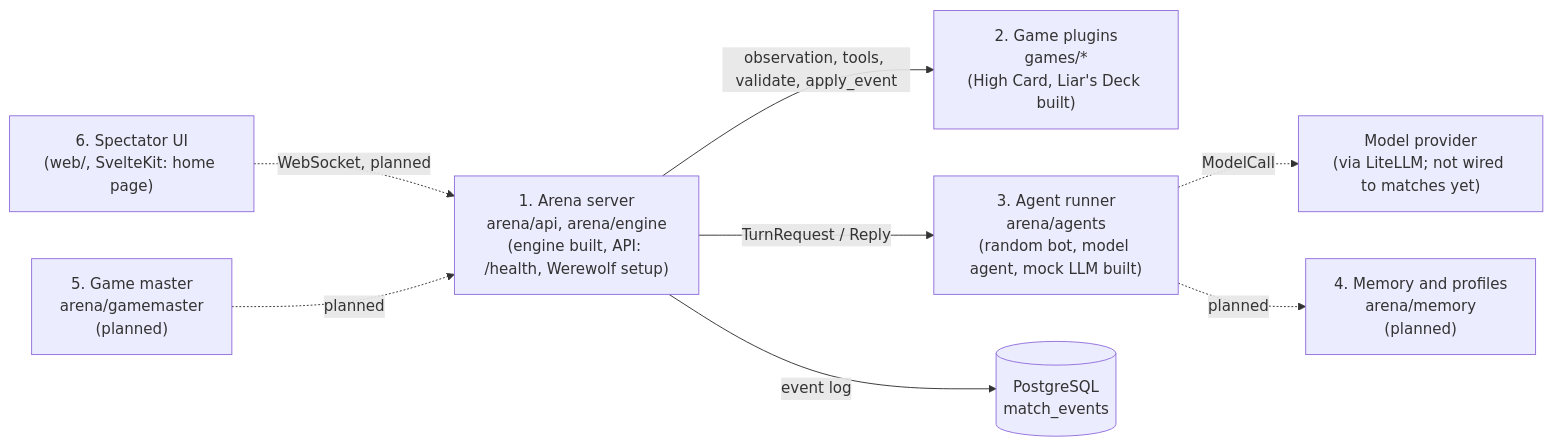
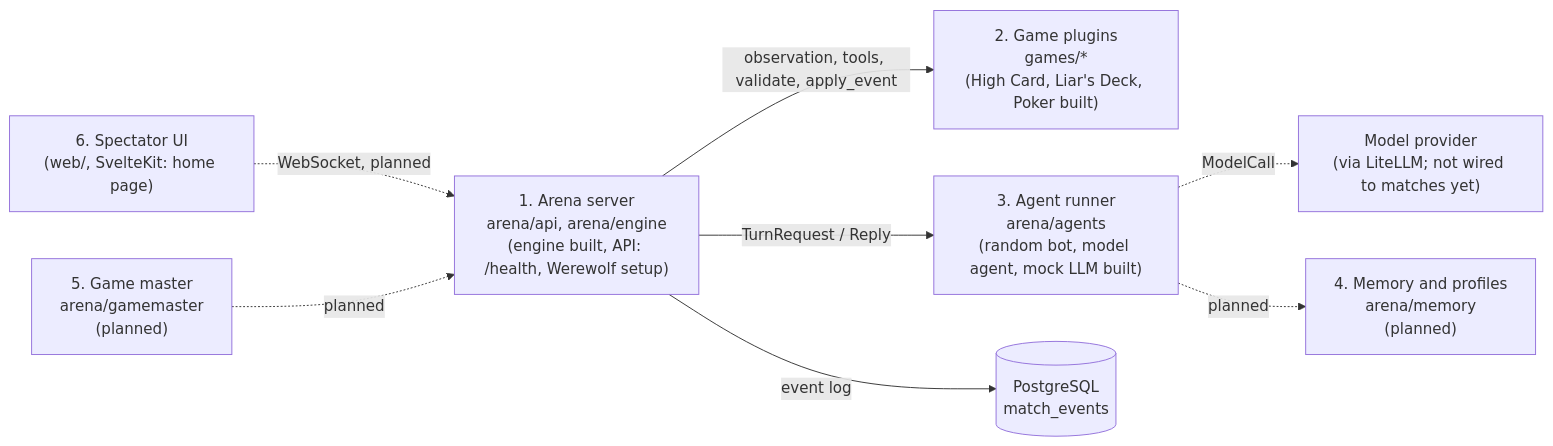
One commit to NwebNotFound/aigameversus changed the first of 3 diagrams in docs/ARCHITECTURE.md. Above: the diagram before and after it, drawn with Mermaid. The commit also changed other lines of this file and 6 other files, not shown here.

````diff
--- a/docs/ARCHITECTURE.md
+++ b/docs/ARCHITECTURE.md
@@ -8,18 +8,18 @@
 ```mermaid
 flowchart LR
     UI["6. Spectator UI<br/>(web/, SvelteKit: home page)"]
     SRV["1. Arena server<br/>arena/api, arena/engine<br/>(engine built, API: /health, Werewolf setup)"]
-    PLG["2. Game plugins<br/>games/*<br/>(High Card, Liar's Deck built)"]
+    PLG["2. Game plugins<br/>games/*<br/>(High Card, Liar's Deck, Poker built)"]
     AGT["3. Agent runner<br/>arena/agents<br/>(random bot, model agent, mock LLM built)"]
     LLM["Model provider<br/>(via LiteLLM; not wired to matches yet)"]
     MEM["4. Memory and profiles<br/>arena/memory<br/>(planned)"]
     GM["5. Game master<br/>arena/gamemaster<br/>(planned)"]
     DB[("PostgreSQL<br/>match_events")]
     UI -. "WebSocket, planned" .-> SRV
     SRV -->|"observation, tools, validate, apply_event"| PLG
     SRV -->|"TurnRequest / Reply"| AGT
     AGT -. "ModelCall" .-> LLM
     AGT -. "planned" .-> MEM
     GM -. "planned" .-> SRV
     SRV -->|"event log"| DB
 ```
````
